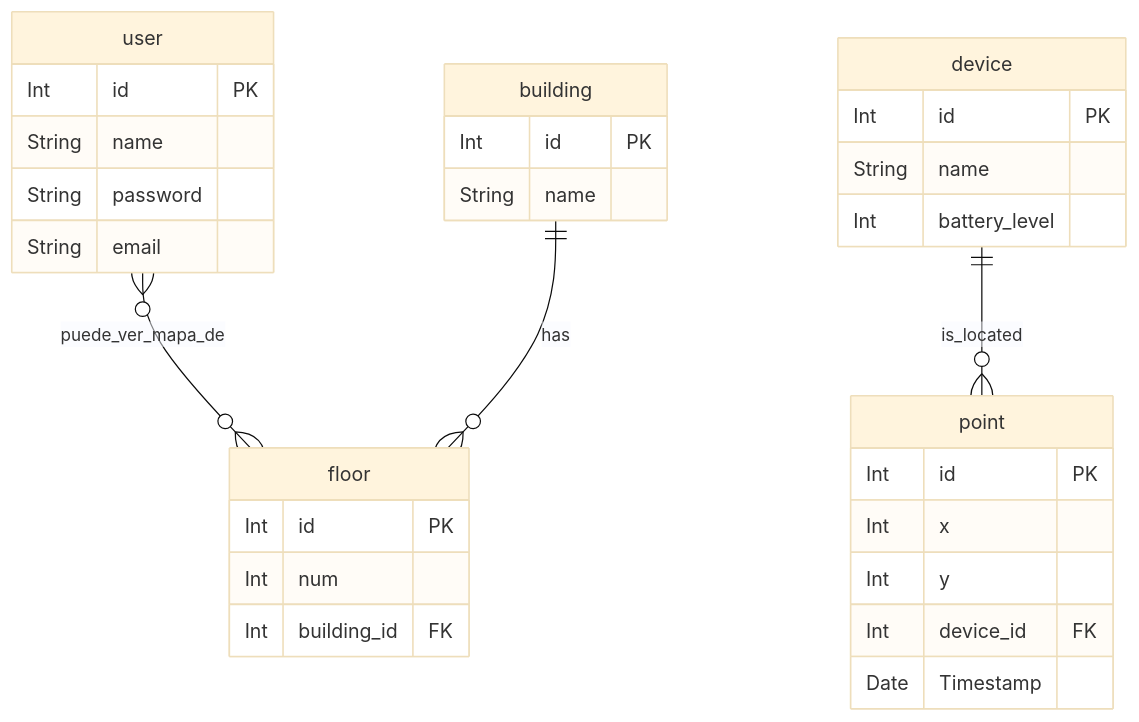
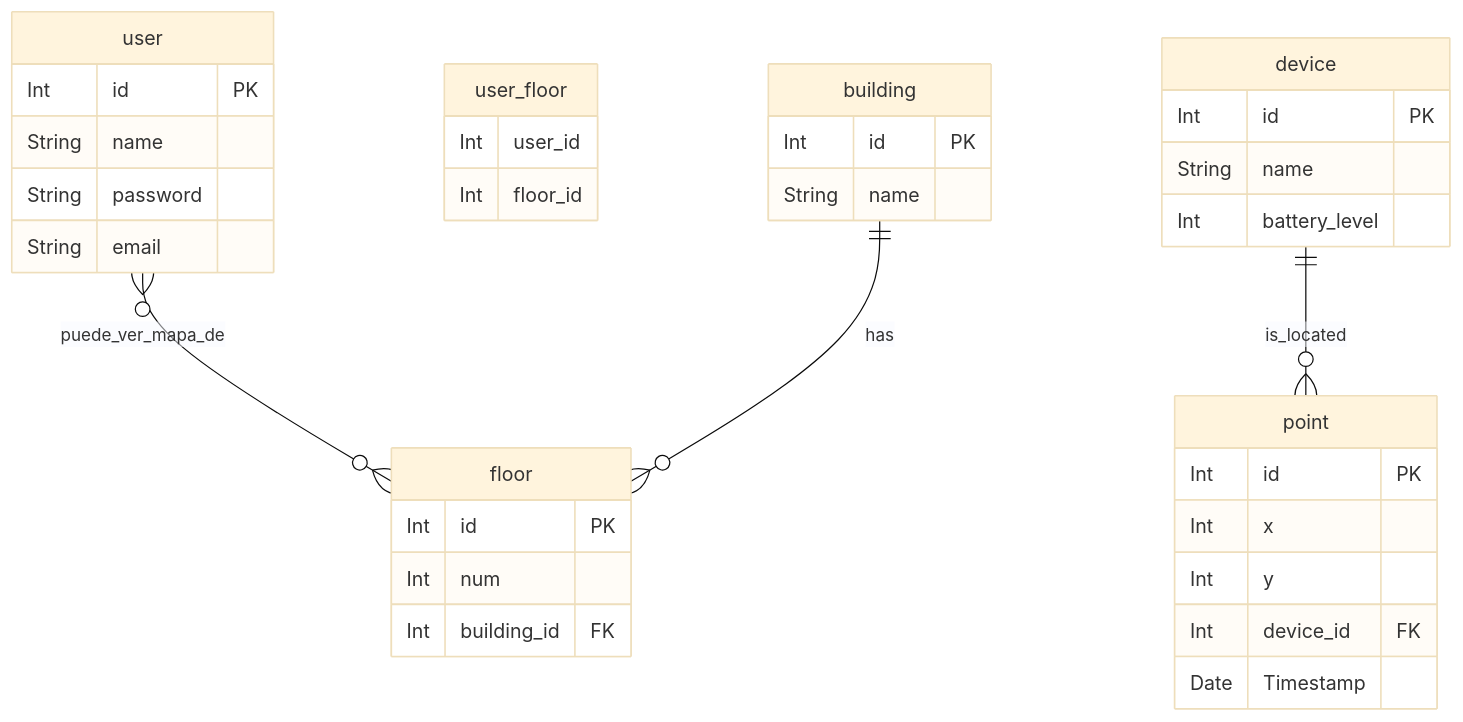
The diagram in ER.md (NicasioSirvent/siloin_base), drawn with Mermaid (base theme) before and after one commit. The commit also changed other lines of this file, not shown here.

````diff
--- a/ER.md
+++ b/ER.md
@@ -1,41 +1,46 @@
 ```mermaid
 erDiagram
     user {
         Int id PK
         String name
         String password
         String email
     }
 
  
     user }o--o{ floor : puede_ver_mapa_de
 
+    user_floor {
+        Int user_id
+        Int floor_id
+    }
 
     building {
         Int id PK
         String name
     }
 
     floor {
         Int id PK
         Int num
         Int building_id FK
     }
     building ||--o{ floor : has
 
     device {
         Int id PK
         String name
         Int battery_level
     }
 
     point {
         Int id PK
         Int x
         Int y
         Int device_id FK
         Date Timestamp 
     }
     device ||--o{ point : is_located
 
+    
 ```
````
